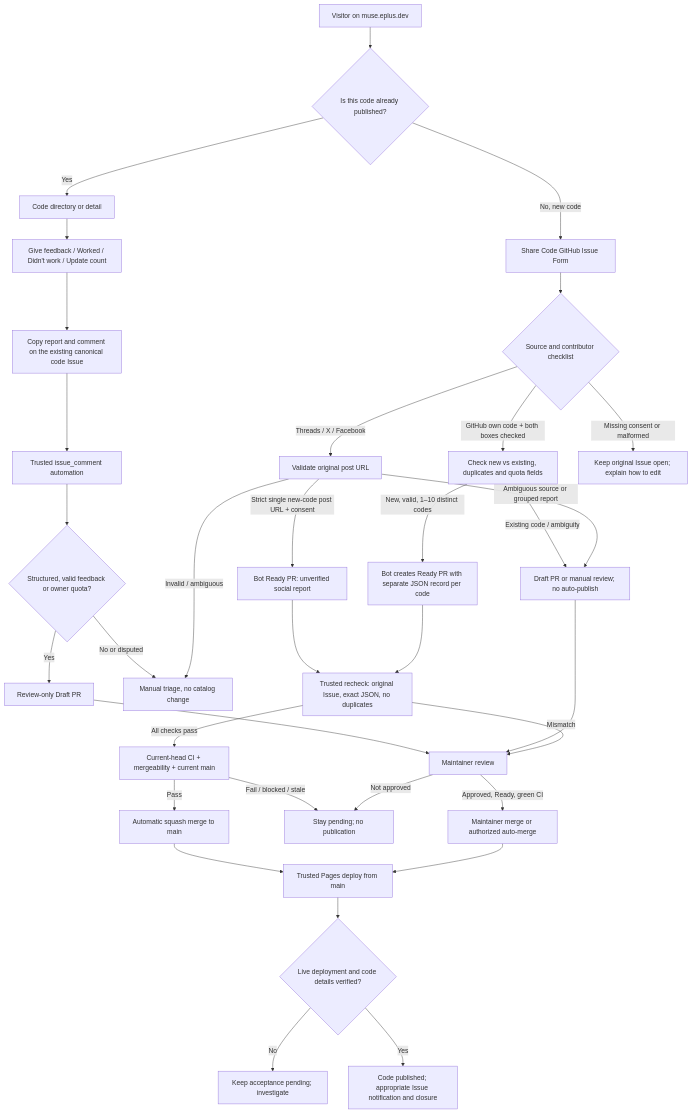
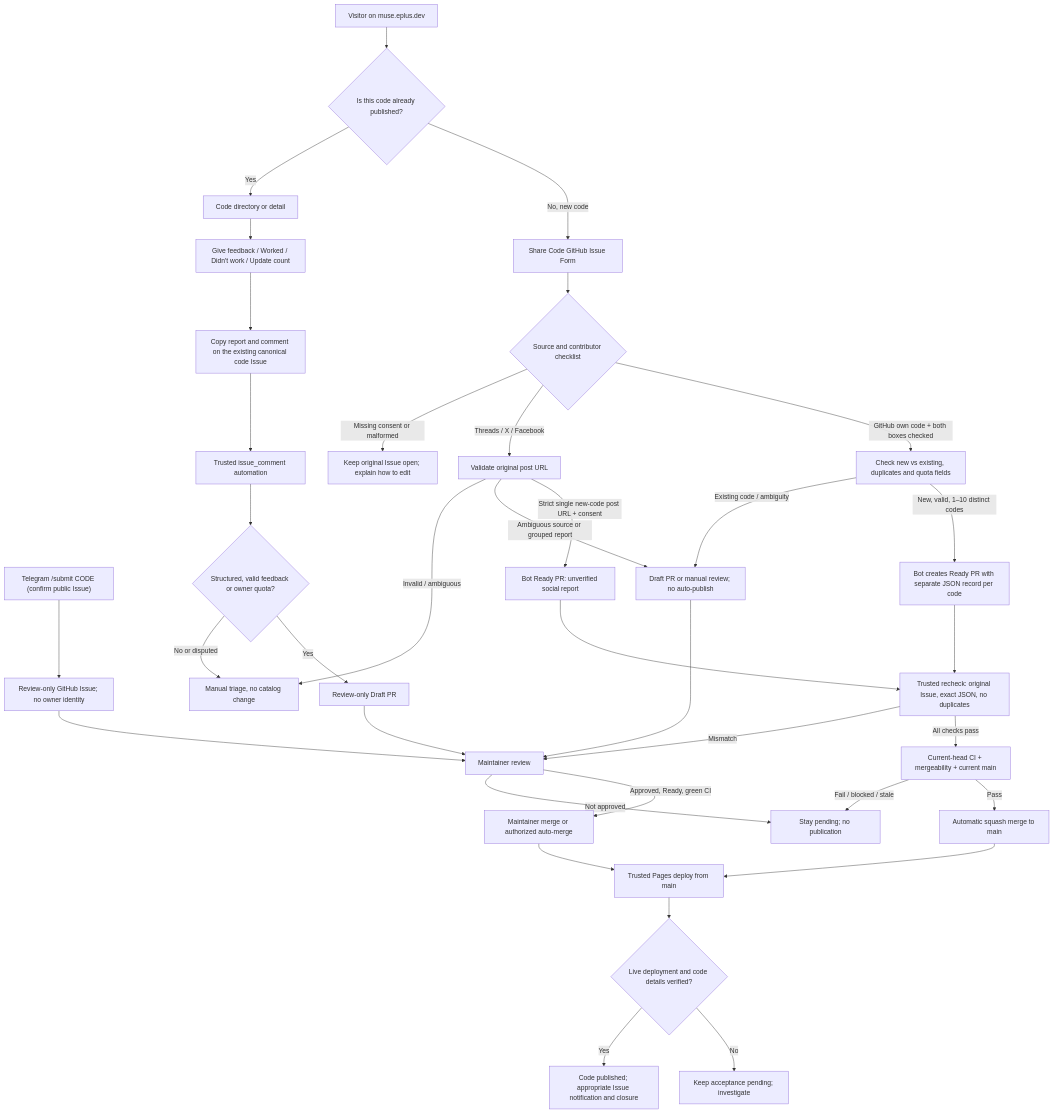
One commit to ePlus-DEV/muse-invite-hub changed the first of 2 diagrams in docs/CONTRIBUTION_FLOW.md. Above: the diagram before and after it, drawn with Mermaid.

Commit message:
docs(telegram): explain contribution status and private bot commands

````diff
--- a/docs/CONTRIBUTION_FLOW.md
+++ b/docs/CONTRIBUTION_FLOW.md
@@ -9,36 +9,38 @@
 ```mermaid
 flowchart TD
     A["Visitor on muse.eplus.dev"] --> B{"Is this code already published?"}
+    TG["Telegram /submit CODE (confirm public Issue)"] --> TGI["Review-only GitHub Issue; no owner identity"]
+    TGI --> R
     B -->|"No, new code"| C["Share Code GitHub Issue Form"]
     B -->|"Yes"| D["Code directory or detail"]
     D --> E["Give feedback / Worked / Didn't work / Update count"]
     E --> F["Copy report and comment on the existing canonical code Issue"]
     F --> G["Trusted issue_comment automation"]
     G --> H{"Structured, valid feedback or owner quota?"}
     H -->|"Yes"| I["Review-only Draft PR"]
     H -->|"No or disputed"| J["Manual triage, no catalog change"]
     C --> K{"Source and contributor checklist"}
     K -->|"GitHub own code + both boxes checked"| L["Check new vs existing, duplicates and quota fields"]
     K -->|"Threads / X / Facebook"| M["Validate original post URL"]
     K -->|"Missing consent or malformed"| N["Keep original Issue open; explain how to edit"]
     L -->|"New, valid, 1–10 distinct codes"| O["Bot creates Ready PR with separate JSON record per code"]
     L -->|"Existing code / ambiguity"| P["Draft PR or manual review; no auto-publish"]
     M -->|"Strict single new-code post URL + consent"| Q["Bot Ready PR: unverified social report"]
     M -->|"Ambiguous source or grouped report"| P
     M -->|"Invalid / ambiguous"| J
     I --> R["Maintainer review"]
     P --> R
     Q --> S
     O --> S["Trusted recheck: original Issue, exact JSON, no duplicates"]
     S -->|"All checks pass"| T["Current-head CI + mergeability + current main"]
     S -->|"Mismatch"| R
     T -->|"Pass"| U["Automatic squash merge to main"]
     T -->|"Fail / blocked / stale"| V["Stay pending; no publication"]
     R -->|"Approved, Ready, green CI"| W["Maintainer merge or authorized auto-merge"]
     R -->|"Not approved"| V
     U --> X["Trusted Pages deploy from main"]
     W --> X
     X --> Y{"Live deployment and code details verified?"}
     Y -->|"No"| Z["Keep acceptance pending; investigate"]
     Y -->|"Yes"| AA["Code published; appropriate Issue notification and closure"]
 ```
````
